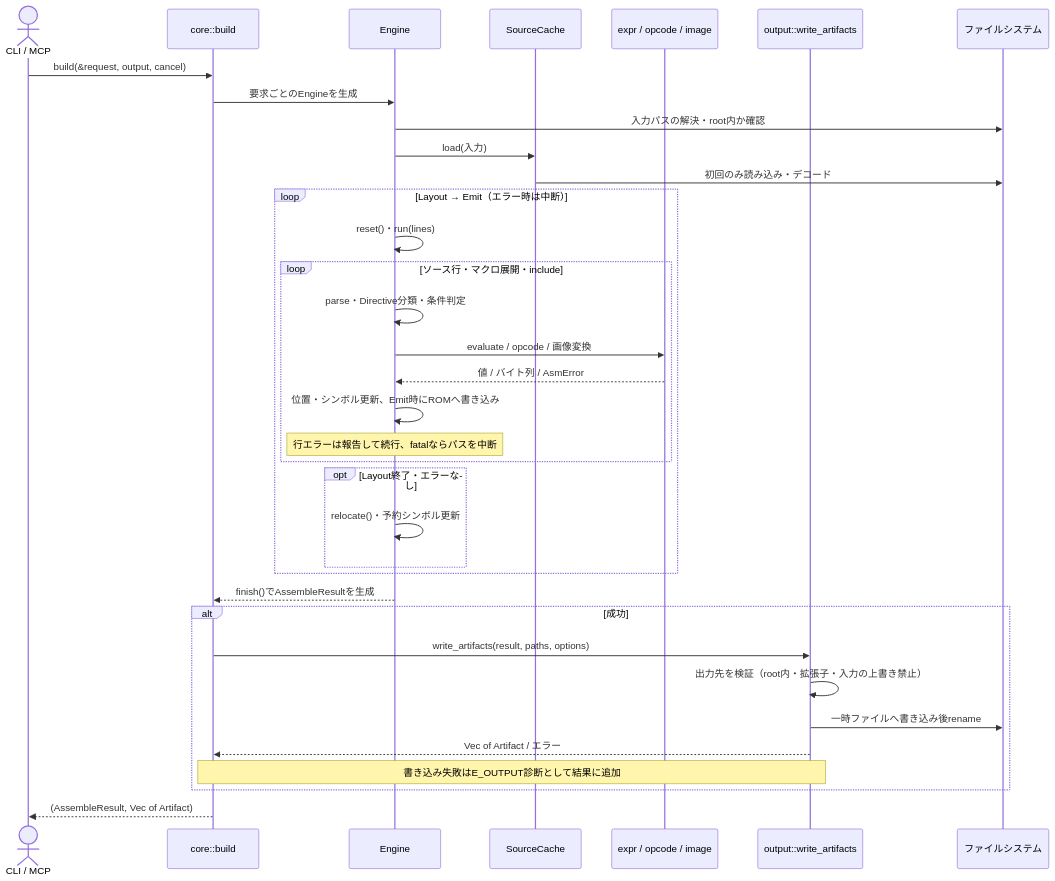
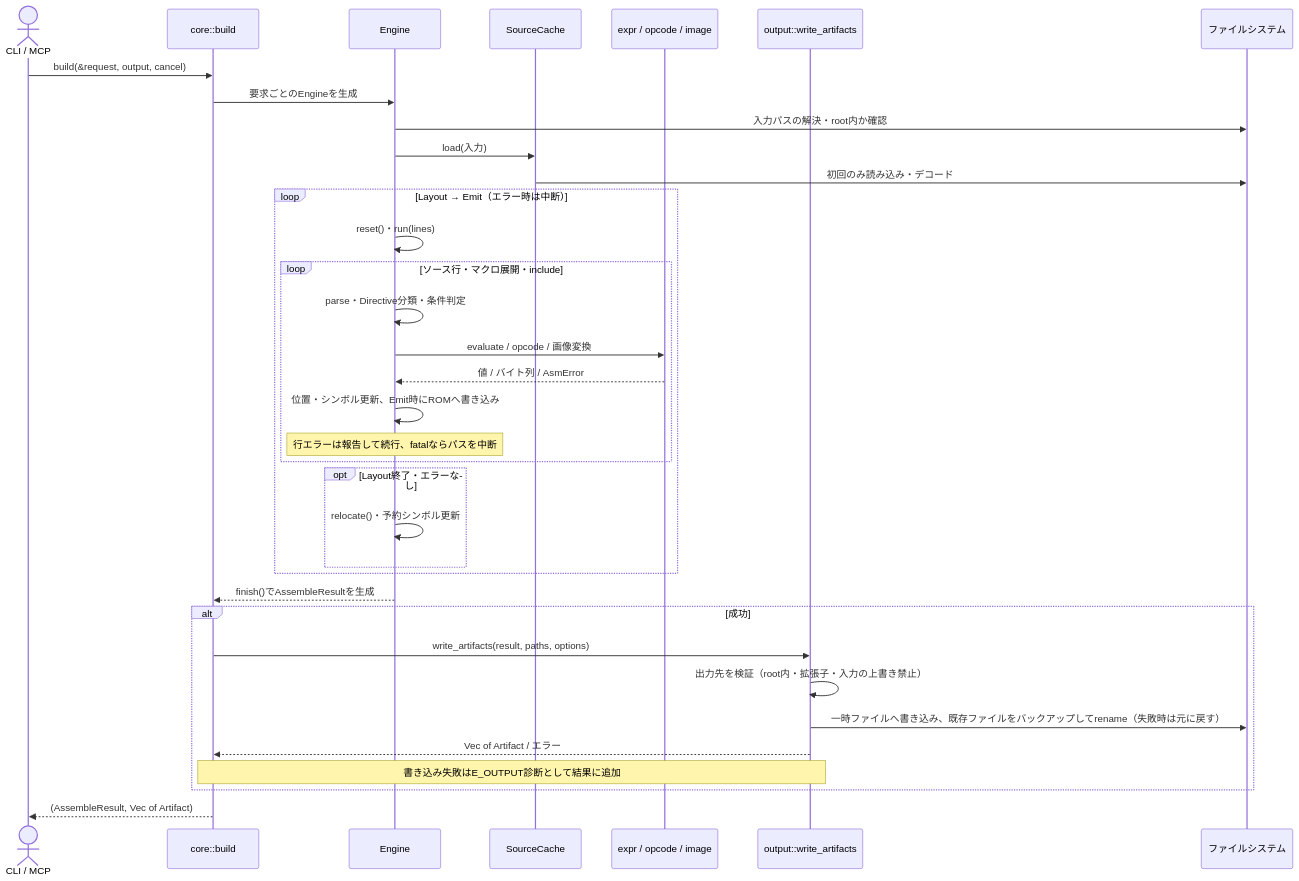
One commit to rock5easily/NesAsmRs changed the sixth of 7 diagrams in docs/rust-uml.md. Above: the diagram before and after it, drawn with Mermaid. The commit also changed other lines of this file and 5 other files, not shown here.

````diff
--- a/docs/rust-uml.md
+++ b/docs/rust-uml.md
@@ -589,38 +589,38 @@
 ```mermaid
 sequenceDiagram
     actor Caller as CLI / MCP
     participant API as core::build
     participant E as Engine
     participant C as SourceCache
     participant X as expr / opcode / image
     participant O as output::write_artifacts
     participant FS as ファイルシステム
 
     Caller->>API: build(&request, output, cancel)
     API->>E: 要求ごとのEngineを生成
     E->>FS: 入力パスの解決・root内か確認
     E->>C: load(入力)
     C->>FS: 初回のみ読み込み・デコード
     loop Layout → Emit（エラー時は中断）
         E->>E: reset()・run(lines)
         loop ソース行・マクロ展開・include
             E->>E: parse・Directive分類・条件判定
             E->>X: evaluate / opcode / 画像変換
             X-->>E: 値 / バイト列 / AsmError
             E->>E: 位置・シンボル更新、Emit時にROMへ書き込み
             Note over E: 行エラーは報告して続行、fatalならパスを中断
         end
         opt Layout終了・エラーなし
             E->>E: relocate()・予約シンボル更新
         end
     end
     E-->>API: finish()でAssembleResultを生成
     alt 成功
         API->>O: write_artifacts(result, paths, options)
         O->>O: 出力先を検証（root内・拡張子・入力の上書き禁止）
-        O->>FS: 一時ファイルへ書き込み後rename
+        O->>FS: 一時ファイルへ書き込み、既存ファイルをバックアップしてrename（失敗時は元に戻す）
         O-->>API: Vec of Artifact / エラー
         Note over API,O: 書き込み失敗はE_OUTPUT診断として結果に追加
     end
     API-->>Caller: (AssembleResult, Vec of Artifact)
 ```
````
